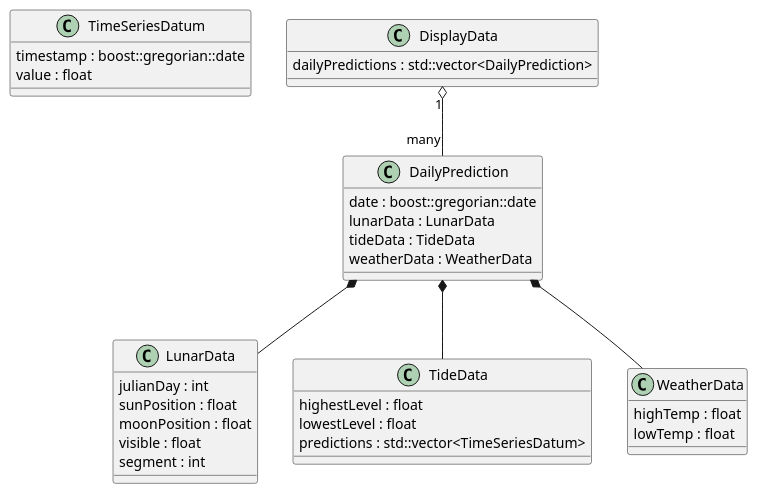
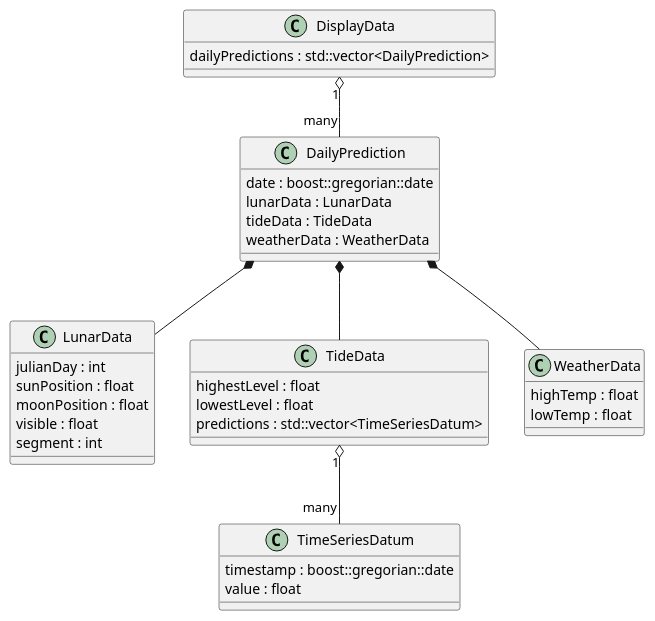
Before and after one commit to ciroque/tidal: the diagram in docs/DisplayDataClasses.puml, drawn with PlantUML.

Commit message:
Updates relationships

```diff
--- a/docs/DisplayDataClasses.puml
+++ b/docs/DisplayDataClasses.puml
@@ -1,46 +1,46 @@
 @startuml
 'https://plantuml.com/class-diagram
 
 class TimeSeriesDatum {
     timestamp : boost::gregorian::date
     value : float
 }
 
 class DisplayData {
     dailyPredictions : std::vector<DailyPrediction>
 }
 
 class DailyPrediction {
     date : boost::gregorian::date
     lunarData : LunarData
     tideData : TideData
     weatherData : WeatherData
 }
 
 class LunarData {
     julianDay : int
     sunPosition : float
     moonPosition : float
     visible : float
     segment : int
 }
 
 class TideData {
     highestLevel : float
     lowestLevel : float
     predictions : std::vector<TimeSeriesDatum>
 }
 
 class WeatherData {
     highTemp : float
     lowTemp : float
 }
 
 DisplayData "1" o-- "many" DailyPrediction
 DailyPrediction *-- LunarData
 DailyPrediction *-- TideData
 DailyPrediction *-- WeatherData
-
+TideData "1" o-- "many" TimeSeriesDatum
 
 
 @enduml
```
